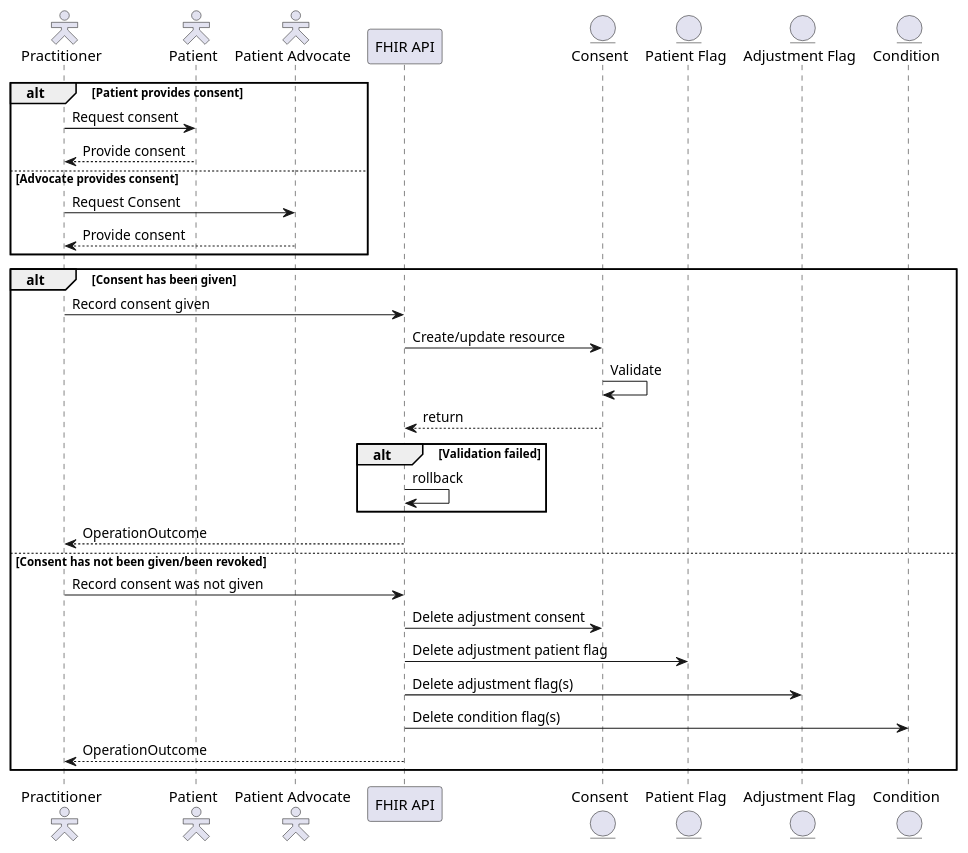
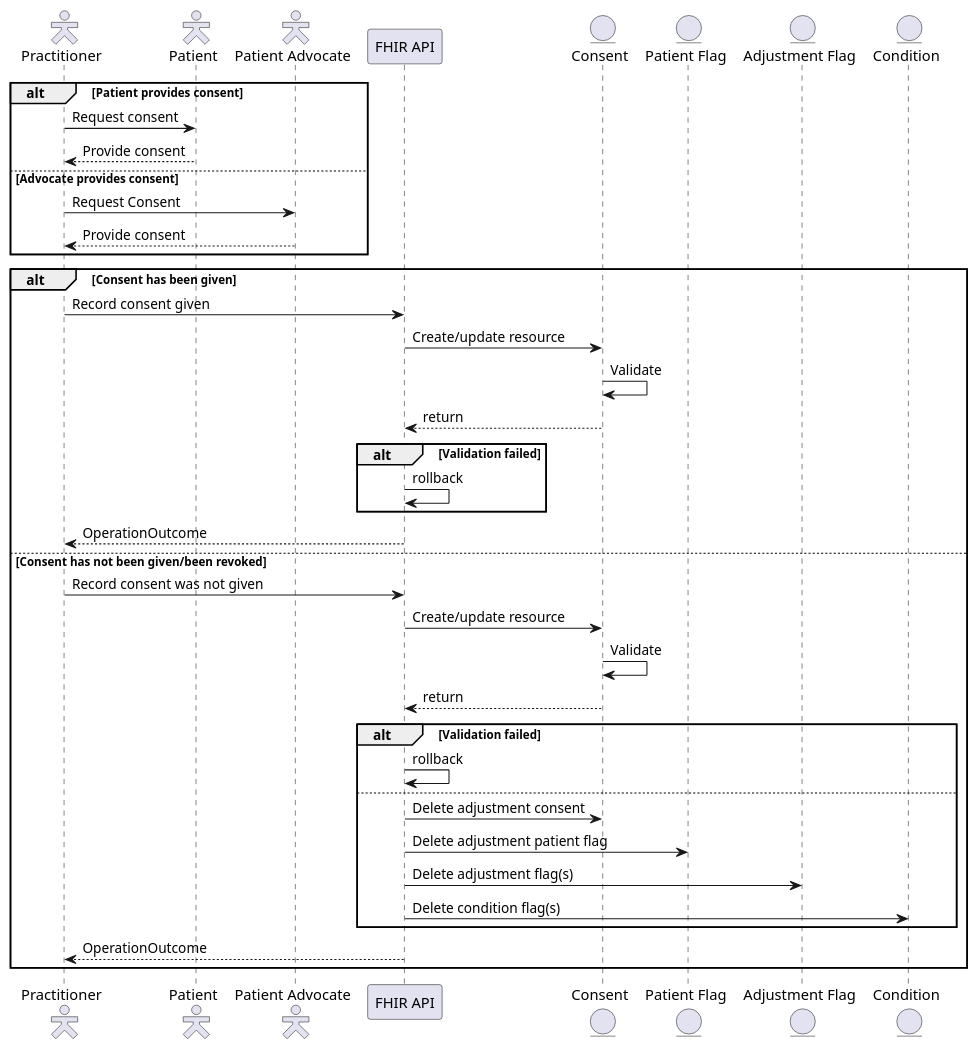
The diagram in input/images-source/consent-sequence.plantuml (NHSDigital/ra-sandbox), drawn with PlantUML before and after one commit. The commit also changed 4 other files, not shown here.

```diff
--- a/input/images-source/consent-sequence.plantuml
+++ b/input/images-source/consent-sequence.plantuml
@@ -1,40 +1,47 @@
 @startuml
 
 skinparam actorStyle hollow
 
 actor        "Practitioner"     as pra
 actor        "Patient"          as pat
 actor        "Patient Advocate" as pad
 participant  "FHIR API"         as api
 entity       "Consent"          as con
 entity       "Patient Flag"     as pfg
 entity       "Adjustment Flag"  as adj
 entity       "Condition"        as cod
 
 alt Patient provides consent
   pra ->  pat : Request consent
   pra <-- pat : Provide consent
 else Advocate provides consent
   pra ->  pad : Request Consent
   pra <-- pad : Provide consent
 end
 
 alt Consent has been given
   pra ->  api : Record consent given
   api ->  con : Create/update resource
   con ->  con : Validate
   api <-- con : return
   alt Validation failed
     api -> api : rollback
   end
   pra <-- api : OperationOutcome
 else Consent has not been given/been revoked
   pra ->  api : Record consent was not given
-  api ->  con : Delete adjustment consent
-  api ->  pfg : Delete adjustment patient flag
-  api ->  adj : Delete adjustment flag(s)
-  api ->  cod : Delete condition flag(s)
+  api ->  con : Create/update resource
+  con ->  con : Validate
+  api <-- con : return
+  alt Validation failed
+    api -> api : rollback
+  else
+    api ->  con : Delete adjustment consent
+    api ->  pfg : Delete adjustment patient flag
+    api ->  adj : Delete adjustment flag(s)
+    api ->  cod : Delete condition flag(s)
+  end
   pra <-- api : OperationOutcome
 end
 
 @enduml
```
